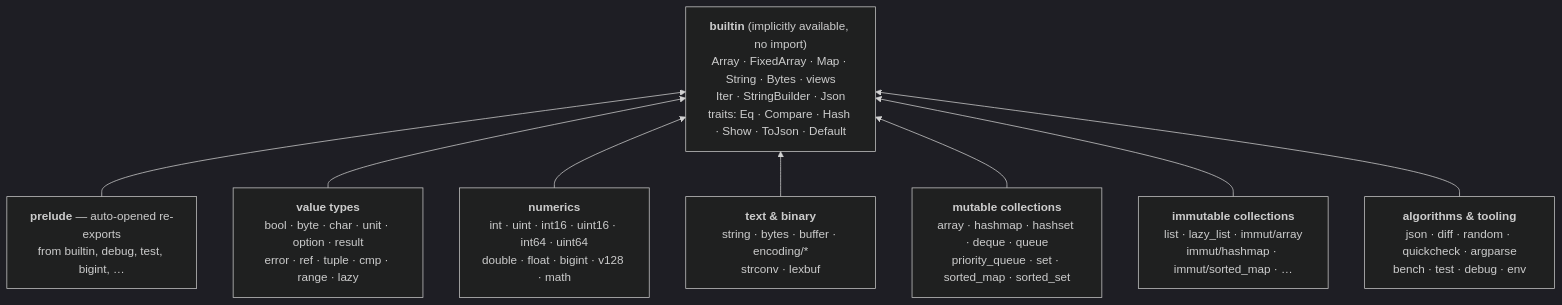
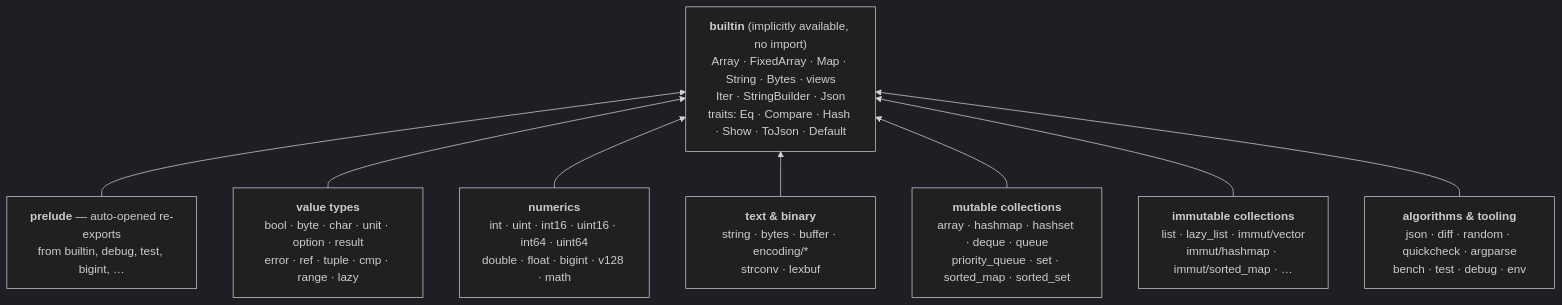
One commit to moonbitlang/core changed the diagram in README.md. Above: the diagram before and after it, drawn with Mermaid (dark theme). The commit also changed 21 other files, not shown here.

First line of the commit message:
refactor(immut): remove the fully deprecated `immut/array` package

````diff
--- a/README.md
+++ b/README.md
@@ -20,11 +20,11 @@
 ```mermaid
 graph BT
   builtin["<b>builtin</b> (implicitly available, no import)<br/>Array · FixedArray · Map · String · Bytes · views<br/>Iter · StringBuilder · Json<br/>traits: Eq · Compare · Hash · Show · ToJson · Default"]
   prelude["<b>prelude</b> — auto-opened re-exports<br/>from builtin, debug, test, bigint, …"] --> builtin
   values["<b>value types</b><br/>bool · byte · char · unit · option · result<br/>error · ref · tuple · cmp · range · lazy"] --> builtin
   numbers["<b>numerics</b><br/>int · uint · int16 · uint16 · int64 · uint64<br/>double · float · bigint · v128 · math"] --> builtin
   text["<b>text & binary</b><br/>string · bytes · buffer · encoding/*<br/>strconv · lexbuf"] --> builtin
   mut["<b>mutable collections</b><br/>array · hashmap · hashset · deque · queue<br/>priority_queue · set · sorted_map · sorted_set"] --> builtin
-  imm["<b>immutable collections</b><br/>list · lazy_list · immut/array<br/>immut/hashmap · immut/sorted_map · …"] --> builtin
+  imm["<b>immutable collections</b><br/>list · lazy_list · immut/vector<br/>immut/hashmap · immut/sorted_map · …"] --> builtin
   tools["<b>algorithms & tooling</b><br/>json · diff · random · quickcheck · argparse<br/>bench · test · debug · env"] --> builtin
 ```
````
